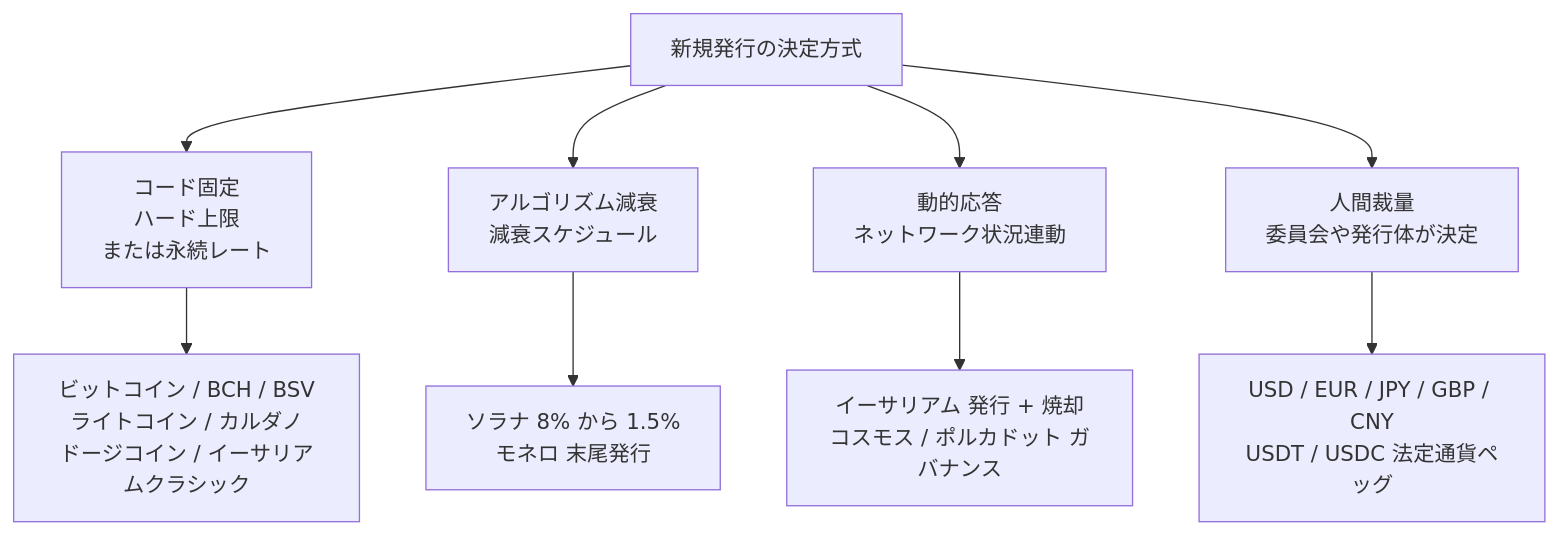
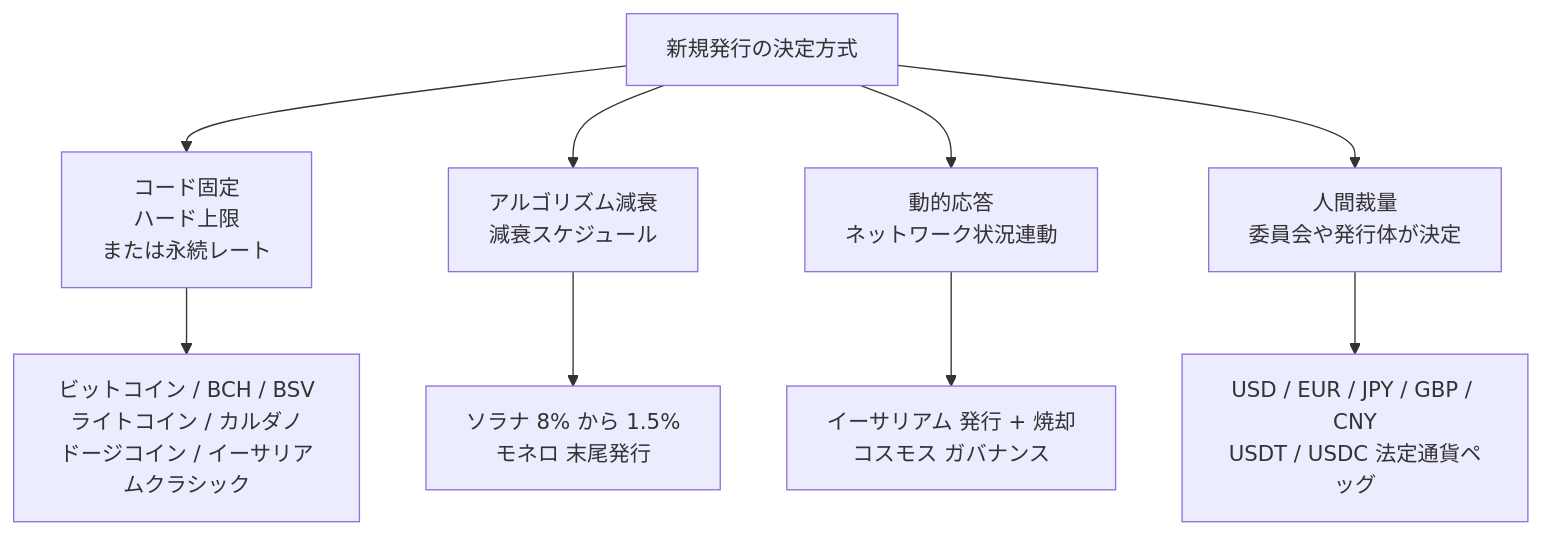
The second of 3 diagrams in src/data/translations/ja/analysis/2008-10-31-fixed-supply-vs-adjustable-money.md (cypher256/BitcoinArchive), drawn with Mermaid before and after one commit. The commit also changed other lines of this file and 4 other files, not shown here.

````diff
--- a/src/data/translations/ja/analysis/2008-10-31-fixed-supply-vs-adjustable-money.md
+++ b/src/data/translations/ja/analysis/2008-10-31-fixed-supply-vs-adjustable-money.md
@@ -207,12 +207,12 @@
 ```mermaid
 graph TD
     Q[新規発行の決定方式]
     Q --> Fixed[コード固定<br/>ハード上限<br/>または永続レート]
     Q --> Decay[アルゴリズム減衰<br/>減衰スケジュール]
     Q --> Dyn[動的応答<br/>ネットワーク状況連動]
     Q --> Disc[人間裁量<br/>委員会や発行体が決定]
     Fixed --> A1[ビットコイン / BCH / BSV<br/>ライトコイン / カルダノ<br/>ドージコイン / イーサリアムクラシック]
     Decay --> A2[ソラナ 8% から 1.5%<br/>モネロ 末尾発行]
-    Dyn --> A3[イーサリアム 発行 + 焼却<br/>コスモス / ポルカドット ガバナンス]
+    Dyn --> A3[イーサリアム 発行 + 焼却<br/>コスモス ガバナンス]
     Disc --> A4[USD / EUR / JPY / GBP / CNY<br/>USDT / USDC 法定通貨ペッグ]
 ```
````
